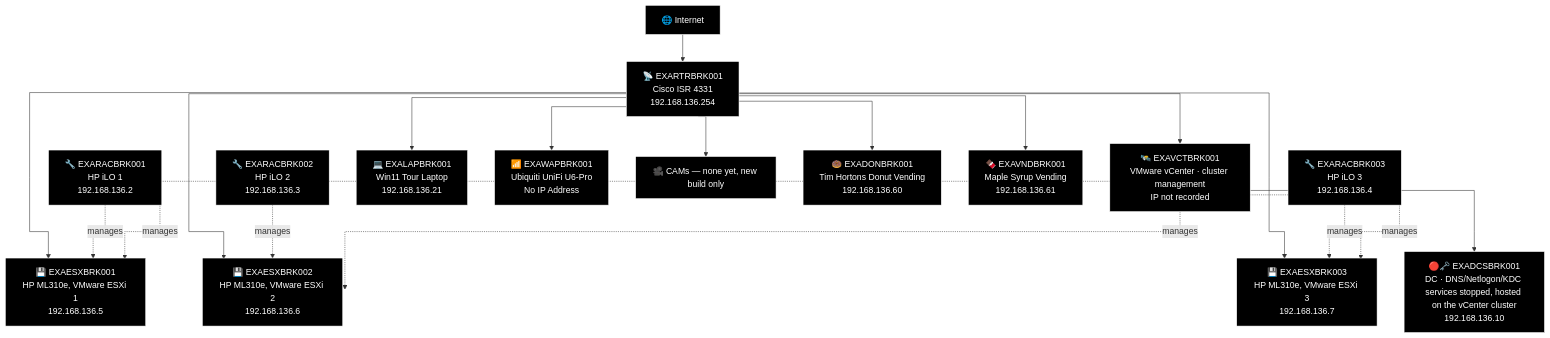
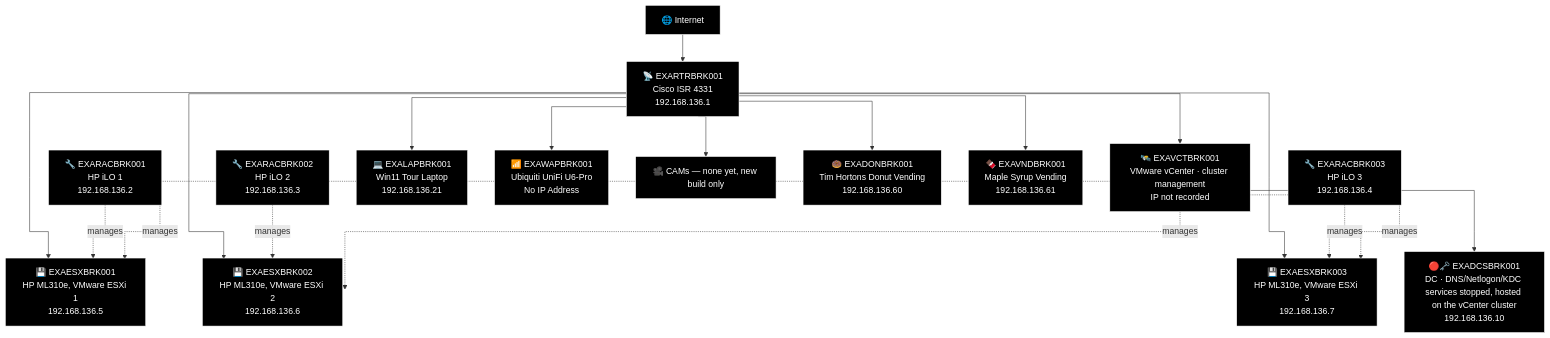
Before and after one commit to knightmare2600/example_music_infra: the first of 8 diagrams in docs/network-diagram/canada.md, drawn with Mermaid. The commit also changed 7 other files, not shown here.

````diff
--- a/docs/network-diagram/canada.md
+++ b/docs/network-diagram/canada.md
@@ -36,55 +36,55 @@
 ```mermaid
 %%{init: {'flowchart': {'curve': 'stepAfter'}}}%%
 graph TD
     O_INET["🌐 Internet"]
-    O_RTR["📡 EXARTRBRK001<br/>Cisco ISR 4331<br/>192.168.136.254"]
+    O_RTR["📡 EXARTRBRK001<br/>Cisco ISR 4331<br/>192.168.136.1"]
     O_INET --> O_RTR
 
     O_ILO1["🔧 EXARACBRK001<br/>HP iLO 1<br/>192.168.136.2"]
     O_ILO2["🔧 EXARACBRK002<br/>HP iLO 2<br/>192.168.136.3"]
     O_ILO3["🔧 EXARACBRK003<br/>HP iLO 3<br/>192.168.136.4"]
     O_ESX1["💾 EXAESXBRK001<br/>HP ML310e, VMware ESXi 1<br/>192.168.136.5"]
     O_ESX2["💾 EXAESXBRK002<br/>HP ML310e, VMware ESXi 2<br/>192.168.136.6"]
     O_ESX3["💾 EXAESXBRK003<br/>HP ML310e, VMware ESXi 3<br/>192.168.136.7"]
     O_VCT["🛰️ EXAVCTBRK001<br/>VMware vCenter · cluster management<br/>IP not recorded"]
     O_RTR --> O_ESX1
     O_RTR --> O_ESX2
     O_RTR --> O_ESX3
     O_RTR --> O_VCT
     O_ILO1 -.->|"manages"| O_ESX1
     O_ILO2 -.->|"manages"| O_ESX2
     O_ILO3 -.->|"manages"| O_ESX3
     O_VCT -.->|"manages"| O_ESX1
     O_VCT -.->|"manages"| O_ESX2
     O_VCT -.->|"manages"| O_ESX3
 
     O_DC["🔴🗝️ EXADCSBRK001<br/>DC · DNS/Netlogon/KDC services stopped, hosted on the vCenter cluster<br/>192.168.136.10"]
     O_VCT --> O_DC
 
     O_LAP["💻 EXALAPBRK001<br/>Win11 Tour Laptop<br/>192.168.136.21"]
     O_WAP["📶 EXAWAPBRK001<br/>Ubiquiti UniFi U6-Pro<br/>No IP Address"]
     O_CAM["🎥 CAMs — none yet, new build only"]
     O_VND1["🍩 EXADONBRK001<br/>Tim Hortons Donut Vending<br/>192.168.136.60"]
     O_VND2["🍫 EXAVNDBRK001<br/>Maple Syrup Vending<br/>192.168.136.61"]
     O_RTR --> O_LAP
     O_RTR --> O_WAP
     O_RTR --> O_CAM
     O_RTR --> O_VND1
     O_RTR --> O_VND2
 
     style O_INET fill:#000000,stroke:#FFFFFF,color:#FFFFFF
     style O_RTR fill:#000000,stroke:#FFFFFF,color:#FFFFFF
     style O_ILO1 fill:#000000,stroke:#FFFFFF,color:#FFFFFF
     style O_ILO2 fill:#000000,stroke:#FFFFFF,color:#FFFFFF
     style O_ILO3 fill:#000000,stroke:#FFFFFF,color:#FFFFFF
     style O_ESX1 fill:#000000,stroke:#FFFFFF,color:#FFFFFF
     style O_ESX2 fill:#000000,stroke:#FFFFFF,color:#FFFFFF
     style O_ESX3 fill:#000000,stroke:#FFFFFF,color:#FFFFFF
     style O_VCT fill:#000000,stroke:#FFFFFF,color:#FFFFFF
     style O_DC fill:#000000,stroke:#FFFFFF,color:#FFFFFF
     style O_LAP fill:#000000,stroke:#FFFFFF,color:#FFFFFF
     style O_WAP fill:#000000,stroke:#FFFFFF,color:#FFFFFF
     style O_CAM fill:#000000,stroke:#FFFFFF,color:#FFFFFF
     style O_VND1 fill:#000000,stroke:#FFFFFF,color:#FFFFFF
     style O_VND2 fill:#000000,stroke:#FFFFFF,color:#FFFFFF
 ```
````
